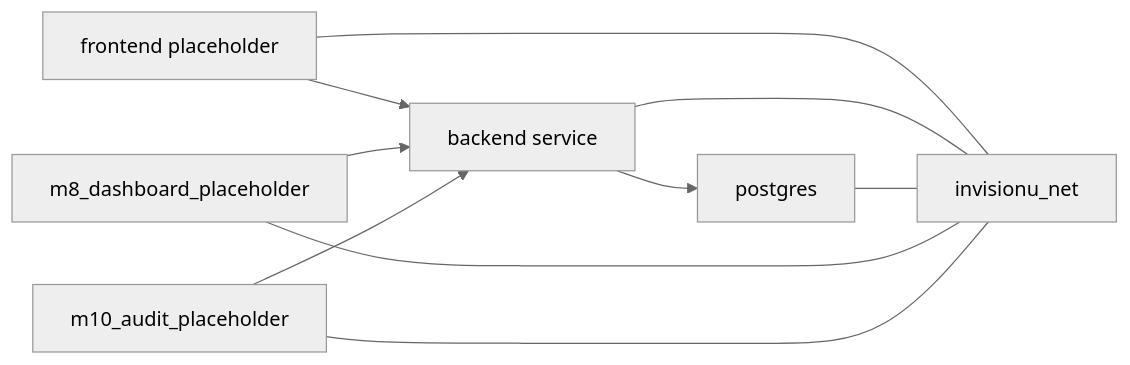
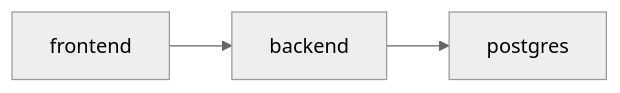
Before and after one commit to alenisaw/invision_u_Vi-Ka: the diagram in docs/eng/DOCKER.md, drawn with Mermaid (neutral theme). The commit also changed other lines of this file and 68 other files, not shown here.

````diff
--- a/docs/eng/DOCKER.md
+++ b/docs/eng/DOCKER.md
@@ -52,19 +71,9 @@
 ```mermaid
 flowchart LR
-    Frontend["frontend placeholder"]
-    Backend["backend service"]
+    Frontend["frontend"]
+    Backend["backend"]
     DB["postgres"]
-    M8["m8_dashboard_placeholder"]
-    M10["m10_audit_placeholder"]
-    Net["invisionu_net"]
 
     Frontend --> Backend
-    M8 --> Backend
-    M10 --> Backend
     Backend --> DB
-    Frontend --- Net
-    Backend --- Net
-    DB --- Net
-    M8 --- Net
-    M10 --- Net
 ```
````
